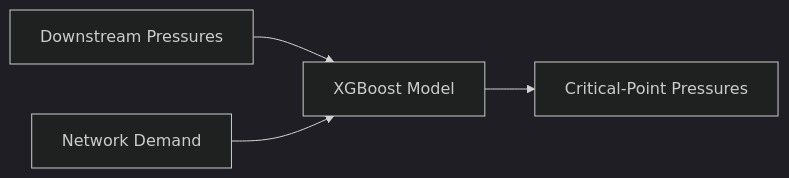
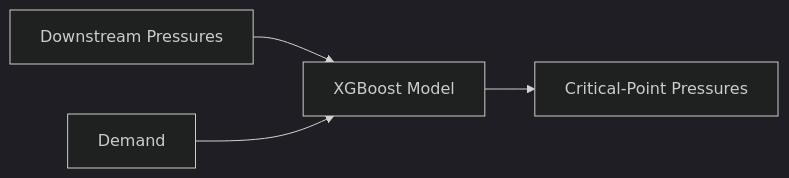
The fifth of 9 diagrams in README.md (mahmmooudian/water-network-ai-analyzer), drawn with Mermaid (dark theme) before and after one commit. The commit also changed other lines of this file, not shown here.

````diff
--- a/README.md
+++ b/README.md
@@ -257,6 +261,6 @@
 ```mermaid
 flowchart LR
     A[Downstream Pressures] --> C[XGBoost Model]
-    B[Network Demand] --> C
+    B[Demand] --> C
     C --> D[Critical-Point Pressures]
 ```
````
